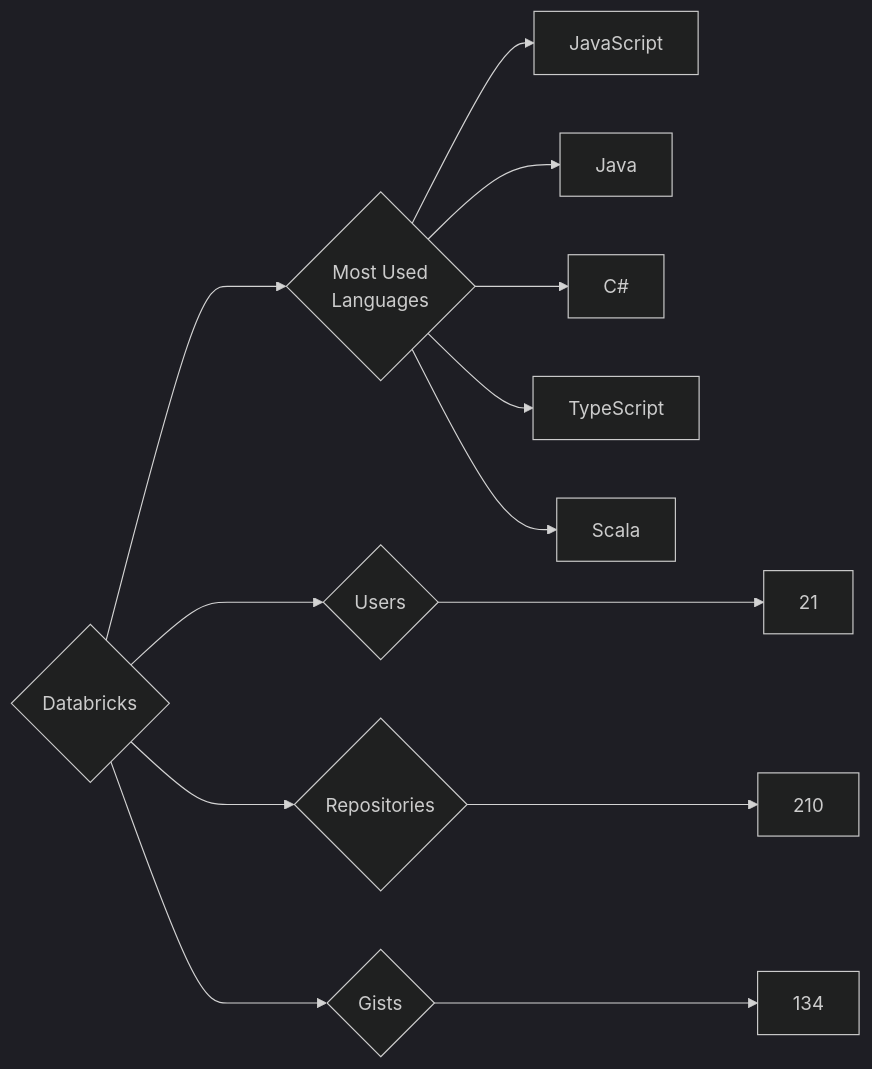
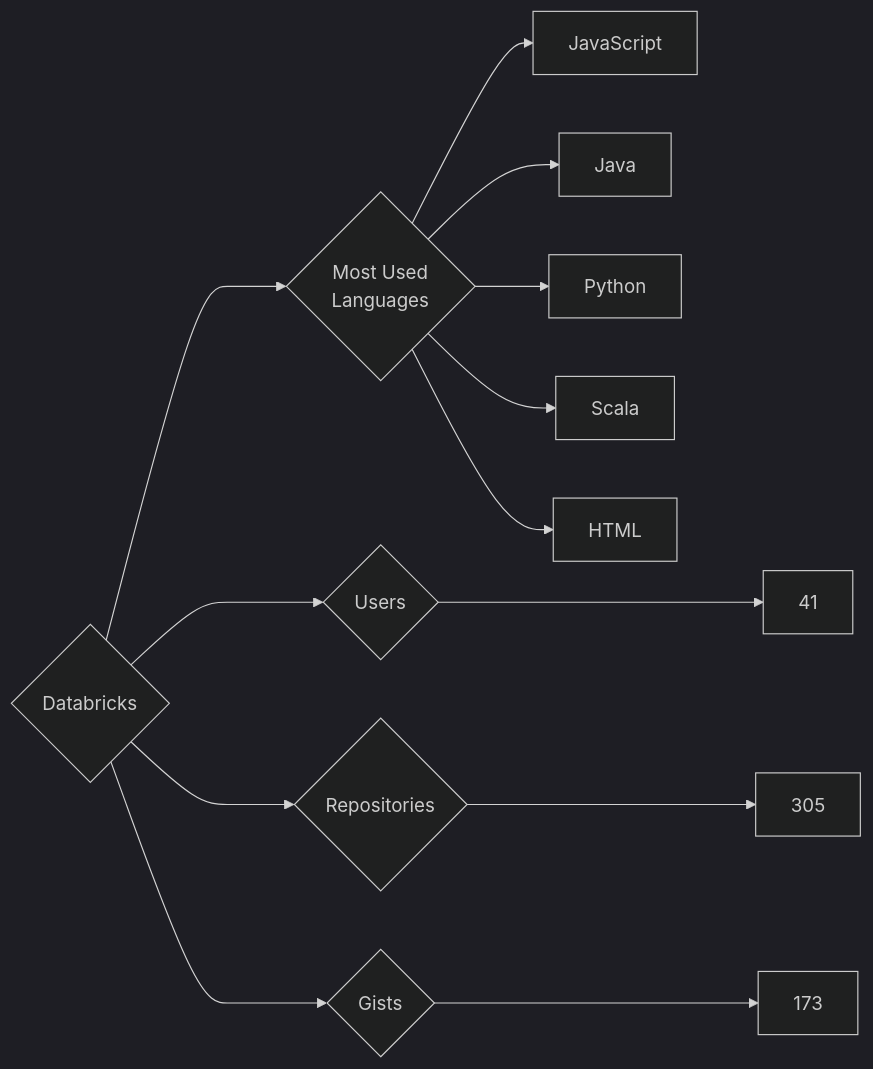
The diagram in targets/Databricks/README.md (trickest/insiders), drawn with Mermaid (dark theme) before and after one commit. The commit also changed 860 other files, not shown here.

````diff
--- a/targets/Databricks/README.md
+++ b/targets/Databricks/README.md
@@ -3,13 +3,13 @@
 ```mermaid
 graph LR
 COMPANY_NAME{Databricks}
-COMPANY_NAME ---> U{Users} ---> UN[21]
-COMPANY_NAME ---> R{Repositories} ---> RN[210]
-COMPANY_NAME ---> G{Gists} ---> GN[134]
+COMPANY_NAME ---> U{Users} ---> UN[41]
+COMPANY_NAME ---> R{Repositories} ---> RN[305]
+COMPANY_NAME ---> G{Gists} ---> GN[173]
 COMPANY_NAME ---> ML{Most Used<br>Languages}
 ML --> JavaScript[JavaScript]
 ML --> Java[Java]
-ML --> C#[C#]
-ML --> TypeScript[TypeScript]
+ML --> Python[Python]
 ML --> Scala[Scala]
+ML --> HTML[HTML]
 ```
````
